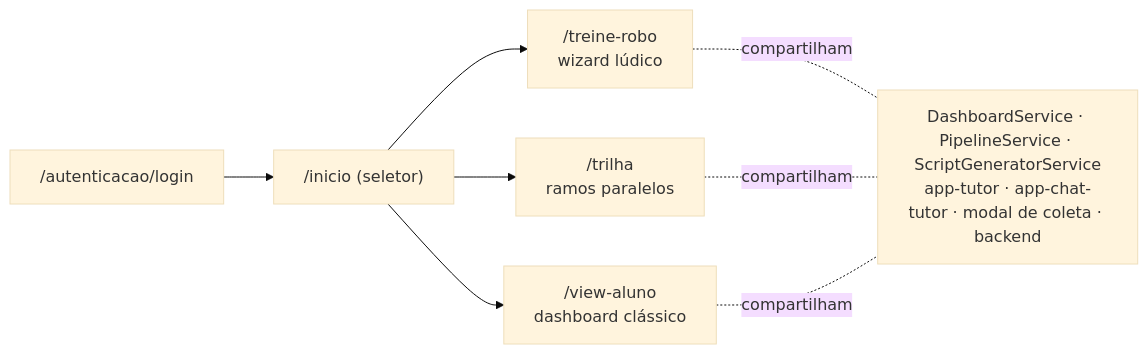
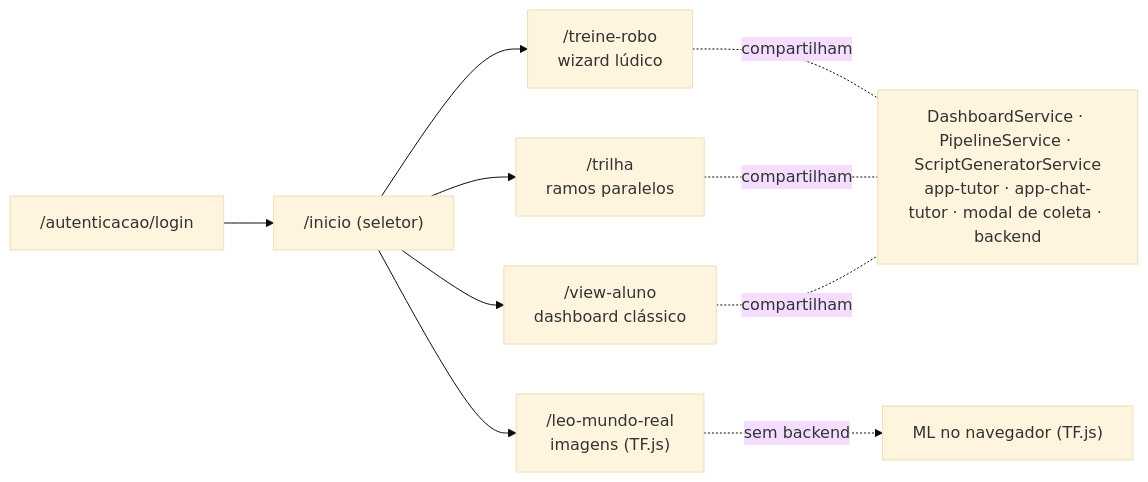
Before and after one commit to IanaMary/ensinado-aprendizado-maquina: the fourth of 7 diagrams in docs/DOCUMENTACAO.md, drawn with Mermaid (base theme). The commit also changed other lines of this file and 1 other file, not shown here.

Commit message:
docs: atualiza documentação (Léo no Mundo Real, Desafiar o Léo, Cachorros, WebGPU/câmera)

````diff
--- a/docs/DOCUMENTACAO.md
+++ b/docs/DOCUMENTACAO.md
@@ -204,11 +207,13 @@
 ```mermaid
 flowchart LR
   LOGIN["/autenticacao/login"] --> INICIO["/inicio (seletor)"]
   INICIO --> ROBO["/treine-robo<br/>wizard lúdico"]
+  INICIO --> LEO["/leo-mundo-real<br/>imagens (TF.js)"]
   INICIO --> TRILHA["/trilha<br/>ramos paralelos"]
   INICIO --> CLASSICO["/view-aluno<br/>dashboard clássico"]
   ROBO -.compartilham.- SHARED
   TRILHA -.compartilham.- SHARED
   CLASSICO -.compartilham.- SHARED
   SHARED["DashboardService · PipelineService · ScriptGeneratorService<br/>app-tutor · app-chat-tutor · modal de coleta · backend"]
+  LEO -.->|sem backend| BROWSER["ML no navegador (TF.js)"]
 ```
````
